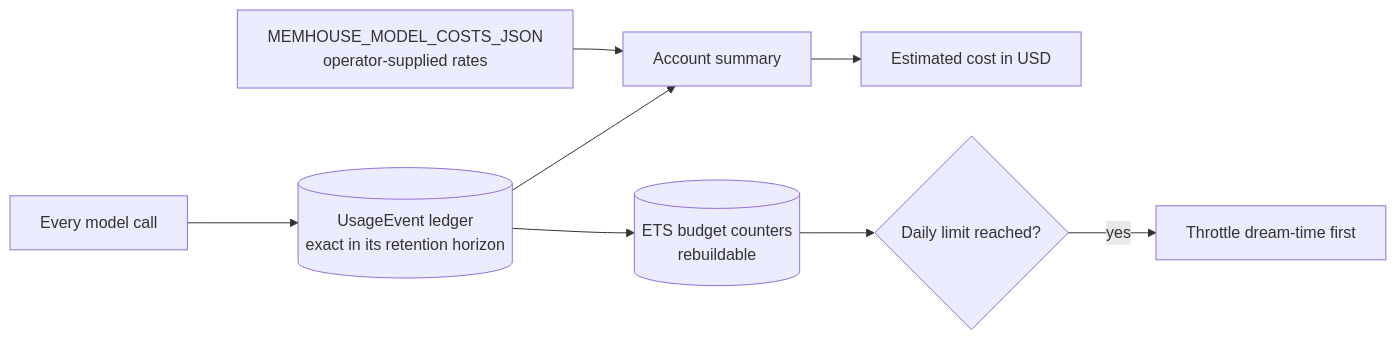
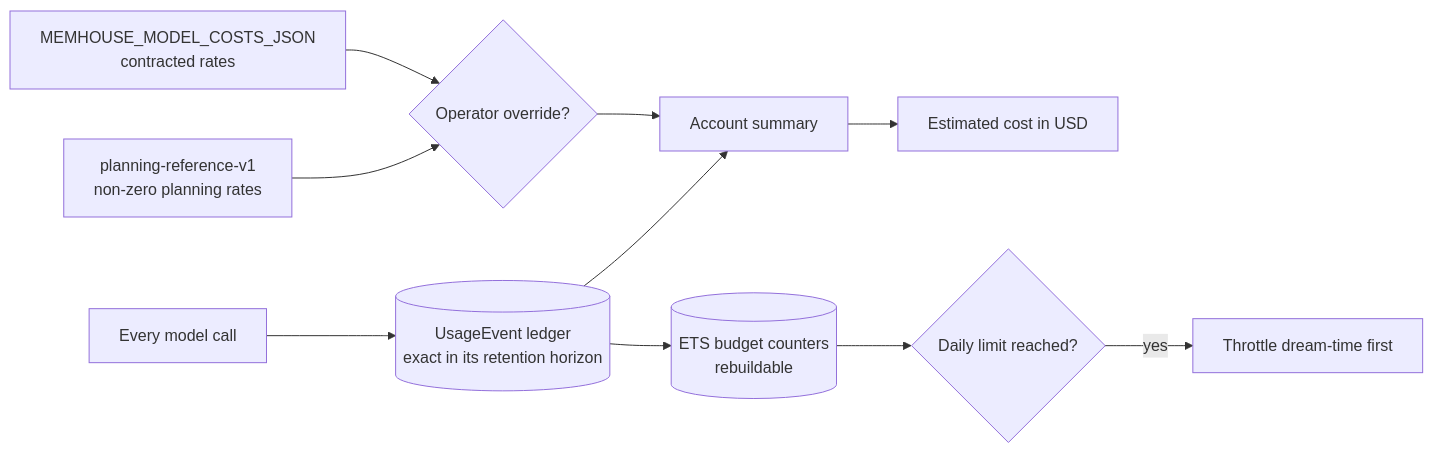
One commit to memhousehq/memhouse changed the diagram in docs/operations/health-and-costs.md. Above: the diagram before and after it, drawn with Mermaid. The commit also changed other lines of this file and 25 other files, not shown here.

````diff
--- a/docs/operations/health-and-costs.md
+++ b/docs/operations/health-and-costs.md
@@ -99,10 +100,12 @@
 ```mermaid
 flowchart LR
     CALL[Every model call] --> UE[(UsageEvent ledger<br/>exact in its retention horizon)]
     UE --> SUM[Account summary]
-    RATES["MEMHOUSE_MODEL_COSTS_JSON<br/>operator-supplied rates"] --> SUM
+    DEFAULT["planning-reference-v1<br/>non-zero planning rates"] --> RATES{Operator override?}
+    ENV["MEMHOUSE_MODEL_COSTS_JSON<br/>contracted rates"] --> RATES
+    RATES --> SUM
     SUM --> OUT[Estimated cost in USD]
     UE --> ETS[(ETS budget counters<br/>rebuildable)]
     ETS --> ADM{Daily limit reached?}
     ADM -->|yes| TH["Throttle dream-time first"]
 ```
````
